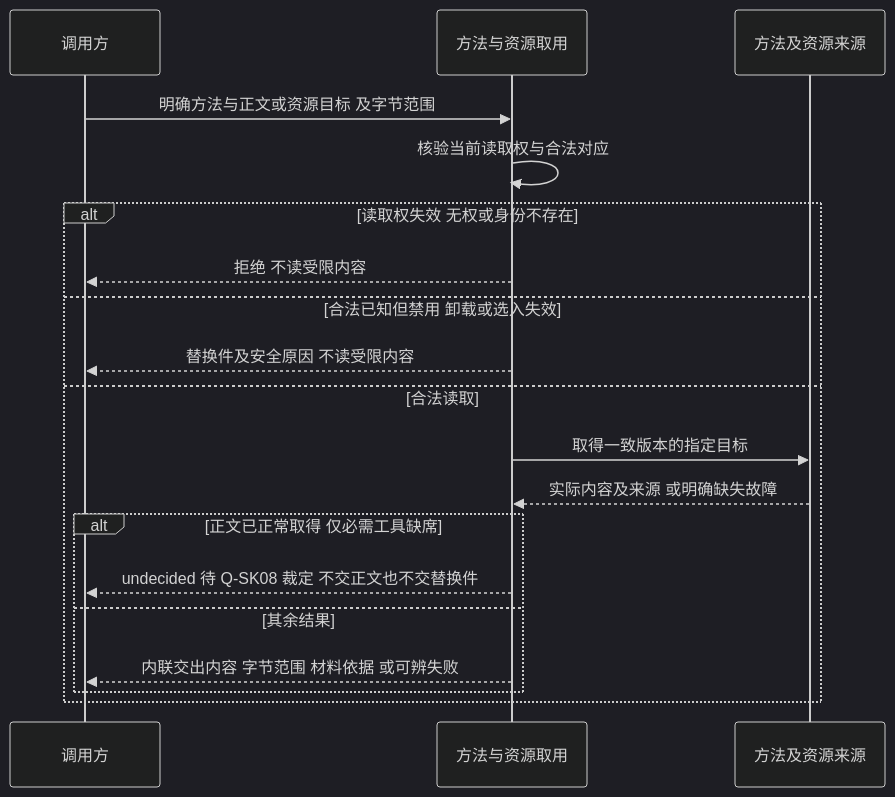
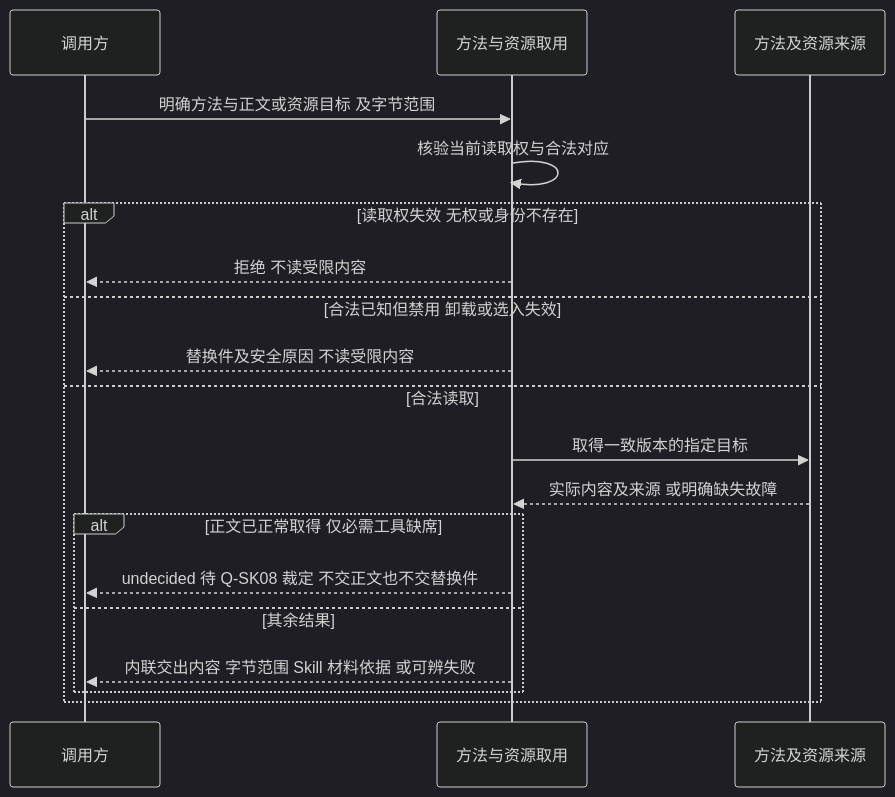
The first of 4 diagrams in docs/domains/skills/key-flows.md (nemori-ai/omne-harness-lite), drawn with Mermaid (dark theme) before and after one commit. The commit also changed other lines of this file and 8 other files, not shown here.

First line of the commit message:
docs(skills): 三个新词加 Skill 前缀：Skill 包快照、Skill 包来源、Skill 材料依据

````diff
--- a/docs/domains/skills/key-flows.md
+++ b/docs/domains/skills/key-flows.md
@@ -15,21 +15,21 @@
 ```mermaid
 sequenceDiagram
   participant C as 调用方
   participant A as 方法与资源取用
   participant S as 方法及资源来源
   C->>A: 明确方法与正文或资源目标 及字节范围
   A->>A: 核验当前读取权与合法对应
   alt 读取权失效 无权或身份不存在
     A-->>C: 拒绝 不读受限内容
   else 合法已知但禁用 卸载或选入失效
     A-->>C: 替换件及安全原因 不读受限内容
   else 合法读取
     A->>S: 取得一致版本的指定目标
     S-->>A: 实际内容及来源 或明确缺失故障
     alt 正文已正常取得 仅必需工具缺席
       A-->>C: undecided 待 Q-SK08 裁定 不交正文也不交替换件
     else 其余结果
-      A-->>C: 内联交出内容 字节范围 材料依据 或可辨失败
+      A-->>C: 内联交出内容 字节范围 Skill 材料依据 或可辨失败
     end
   end
 ```
````
